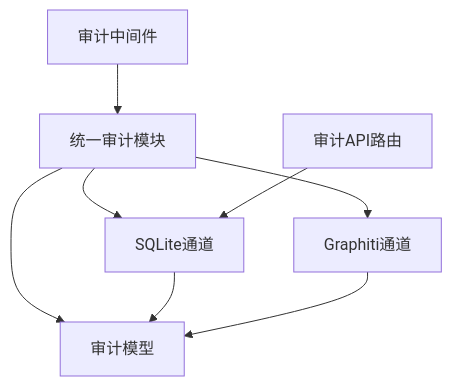
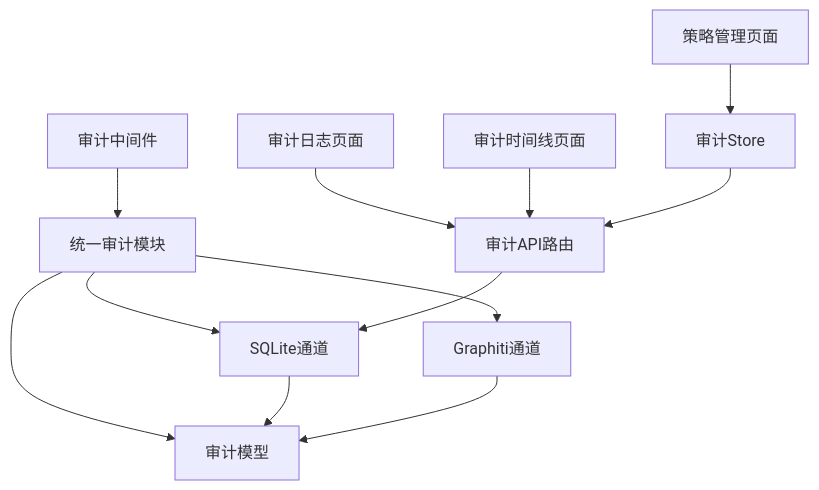
One commit to inier/ontology-graphiti changed the ninth of 10 diagrams in .qoder/repowiki/zh/content/项目概述/核心特性/策略治理系统/审计日志系统.md. Above: the diagram before and after it, drawn with Mermaid. The commit also changed other lines of this file and 10 other files, not shown here.

First line of the commit message:
refactor: 智能问答内联渲染 — 移除独立Tab，图表/时序/报告内嵌于会话消息

````diff
--- a/.qoder/repowiki/zh/content/项目概述/核心特性/策略治理系统/审计日志系统.md
+++ b/.qoder/repowiki/zh/content/项目概述/核心特性/策略治理系统/审计日志系统.md
@@ -354,10 +446,14 @@
 ```mermaid
 graph TB
 UA["统一审计模块"] --> AM["审计模型"]
 UA --> SQLC["SQLite通道"]
 UA --> GRC["Graphiti通道"]
 MW["审计中间件"] --> UA
 API["审计API路由"] --> SQLC
 SQLC --> AM
 GRC --> AM
+AuditPage["审计日志页面"] --> API
+TimelinePage["审计时间线页面"] --> API
+PolicyPage["策略管理页面"] --> AuditStore["审计Store"]
+AuditStore --> API
 ```
````
